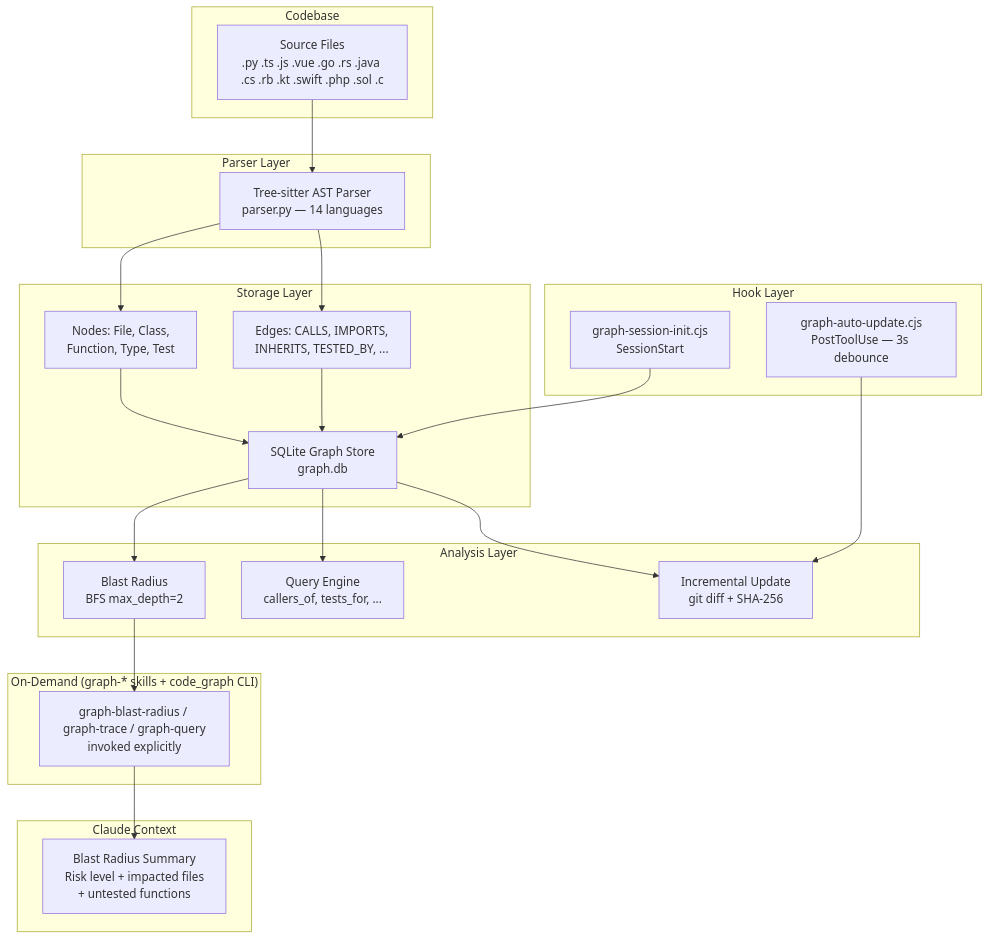
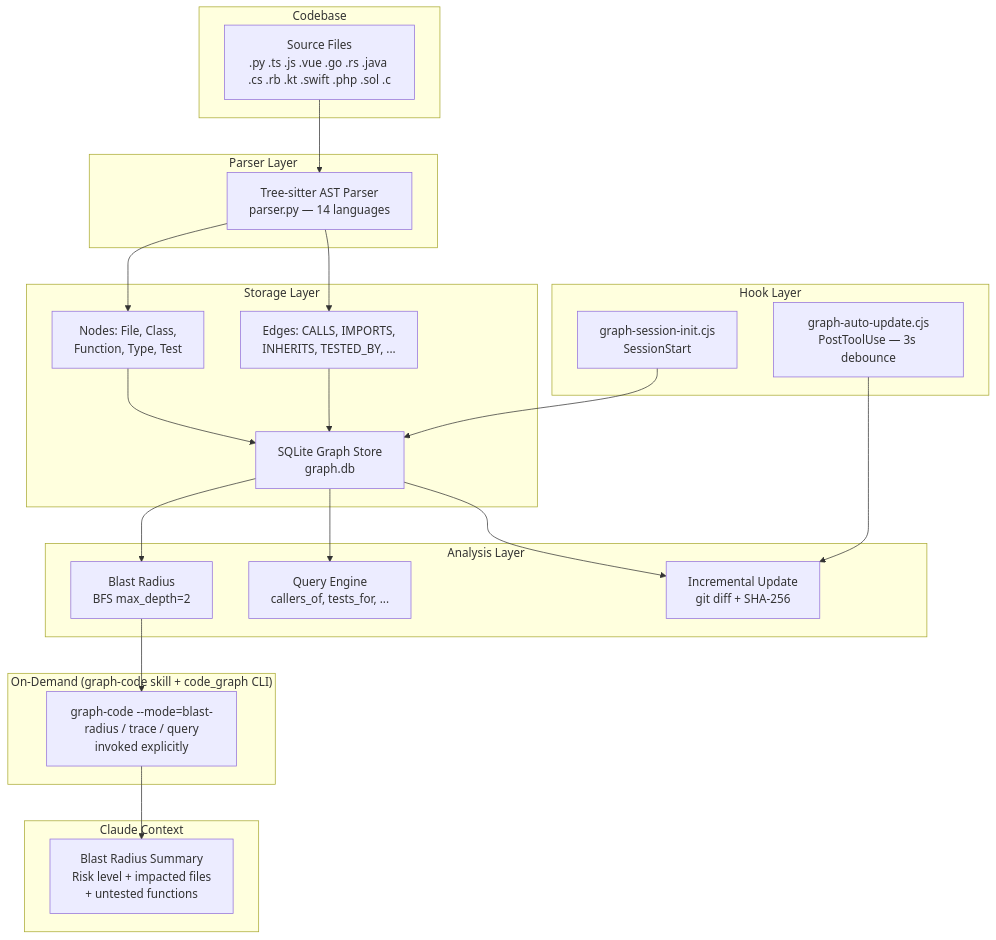
The first of 8 diagrams in .claude/docs/code-graph-mechanism.md (duc01226/easy-claude), drawn with Mermaid before and after one commit. The commit also changed other lines of this file and 932 other files, not shown here.

````diff
--- a/.claude/docs/code-graph-mechanism.md
+++ b/.claude/docs/code-graph-mechanism.md
@@ -70,44 +72,44 @@
 ```mermaid
 graph TB
     subgraph "Codebase"
         SRC["Source Files<br/>.py .ts .js .vue .go .rs .java .cs .rb .kt .swift .php .sol .c"]
     end
 
     subgraph "Parser Layer"
         TS["Tree-sitter AST Parser<br/>parser.py — 14 languages"]
     end
 
     subgraph "Storage Layer"
         DB["SQLite Graph Store<br/>graph.db"]
         N["Nodes: File, Class,<br/>Function, Type, Test"]
         E["Edges: CALLS, IMPORTS,<br/>INHERITS, TESTED_BY, ..."]
     end
 
     subgraph "Analysis Layer"
         BFS["Blast Radius<br/>BFS max_depth=2"]
         QRY["Query Engine<br/>callers_of, tests_for, ..."]
         INC["Incremental Update<br/>git diff + SHA-256"]
     end
 
     subgraph "Hook Layer"
         SI["graph-session-init.cjs<br/>SessionStart"]
         AU["graph-auto-update.cjs<br/>PostToolUse — 3s debounce"]
     end
 
-    subgraph "On-Demand (graph-* skills + code_graph CLI)"
-        CI["graph-blast-radius / graph-trace / graph-query<br/>invoked explicitly"]
+    subgraph "On-Demand (graph-code skill + code_graph CLI)"
+        CI["graph-code --mode=blast-radius / trace / query<br/>invoked explicitly"]
     end
 
     subgraph "Claude Context"
         CTX["Blast Radius Summary<br/>Risk level + impacted files<br/>+ untested functions"]
     end
 
     SRC --> TS
     TS --> N & E
     N & E --> DB
     DB --> BFS & QRY & INC
     BFS --> CI
     CI --> CTX
     AU --> INC
     SI --> DB
 ```
````
